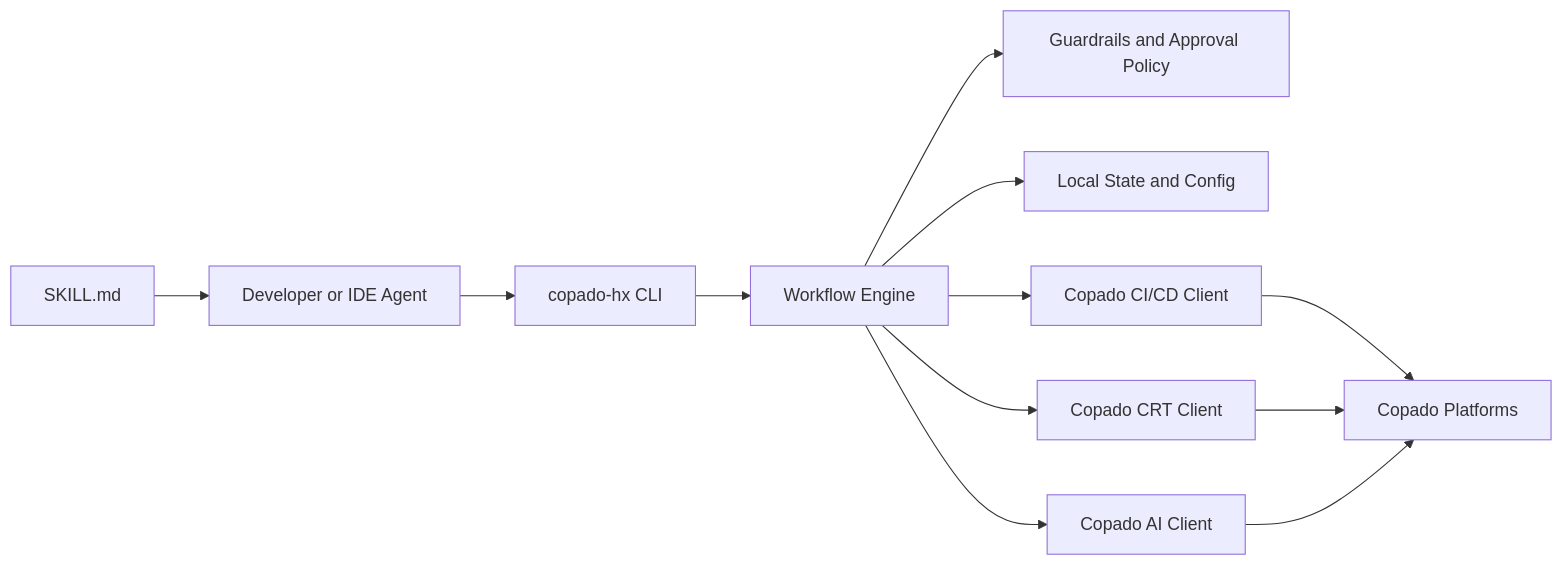
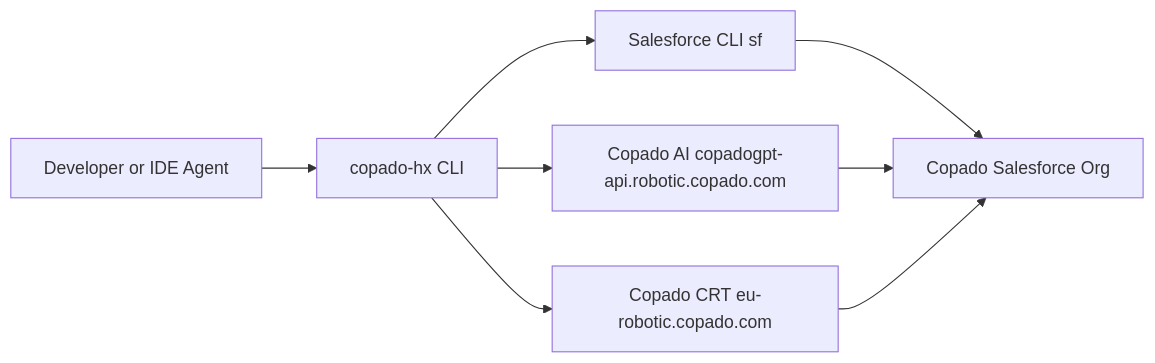
The diagram in README.md (DevSudhit/Copado_Headless_Agent), drawn with Mermaid before and after one commit. The commit also changed other lines of this file, not shown here.

Commit message:
docs: rewrite README with live architecture, full demo script, all commands

````diff
--- a/README.md
+++ b/README.md
@@ -203,14 +27,10 @@
 ```mermaid
 flowchart LR
-		U[Developer or IDE Agent] --> C[copado-hx CLI]
-		C --> W[Workflow Engine]
-		W --> P[Guardrails and Approval Policy]
-		W --> S[Local State and Config]
-		W --> A1[Copado CI/CD Client]
-		W --> A2[Copado CRT Client]
-		W --> A3[Copado AI Client]
-		A1 --> CP[Copado Platforms]
-		A2 --> CP
-		A3 --> CP
-		K[SKILL.md] --> U
+    U[Developer or IDE Agent] --> C[copado-hx CLI]
+    C --> SF[Salesforce CLI sf]
+    C --> AI[Copado AI copadogpt-api.robotic.copado.com]
+    C --> CRT[Copado CRT eu-robotic.copado.com]
+    SF --> ORG[Copado Salesforce Org]
+    AI --> ORG
+    CRT --> ORG
 ```
````
